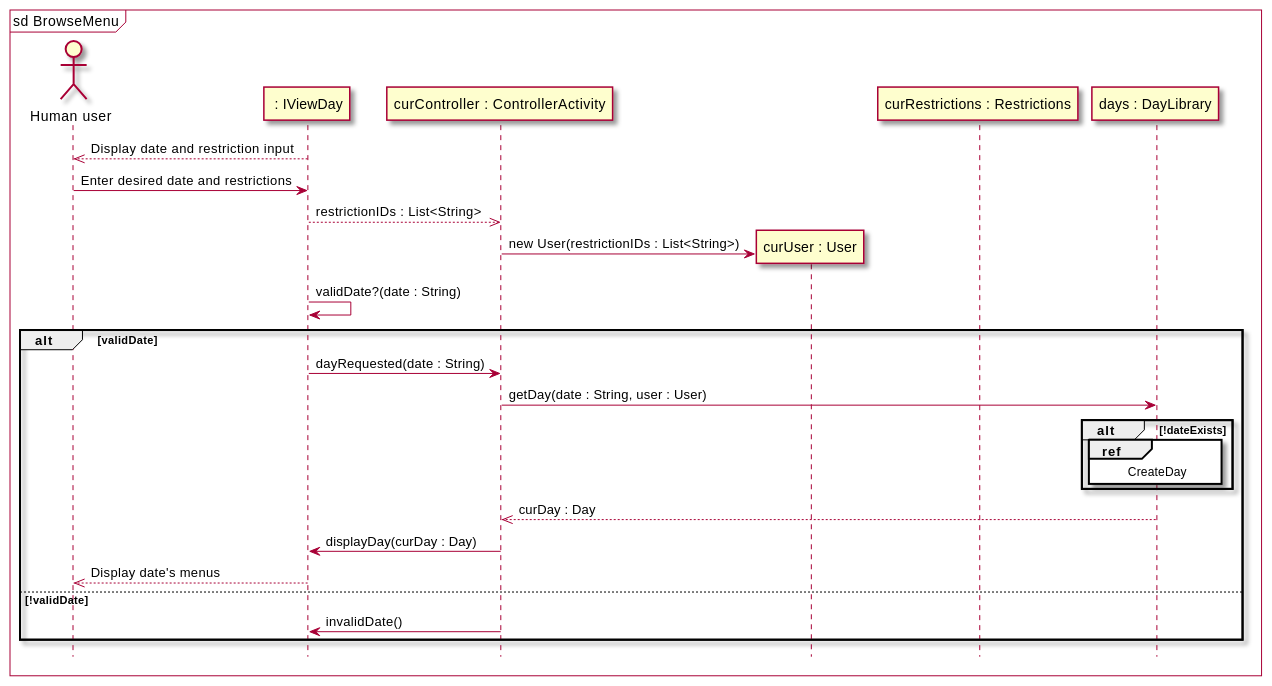
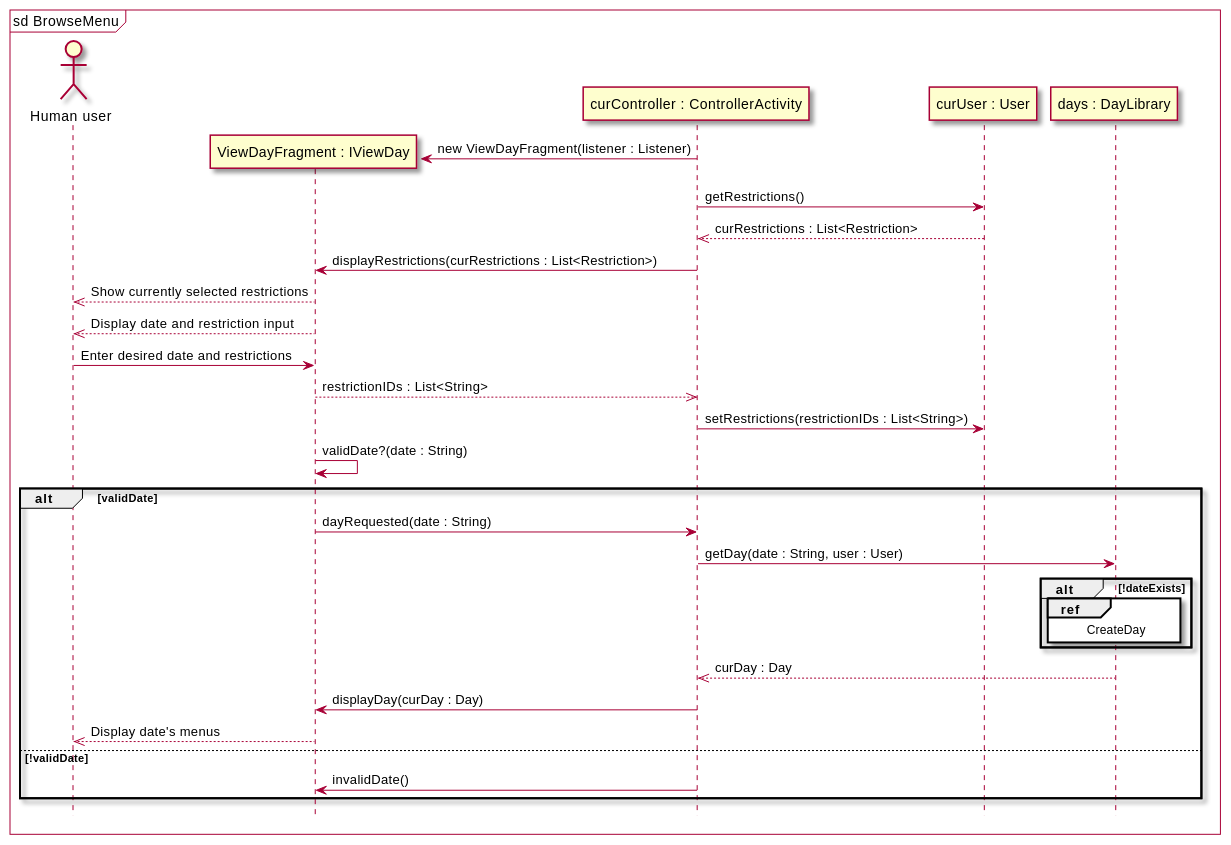
The second of 6 diagrams in intellij/doc/design.md (sashap100/Vassar-Dining-App), drawn with PlantUML before and after one commit. The commit also changed other lines of this file, not shown here.

Commit message:
Completed all sequence diagrams for current functionality

````diff
--- a/intellij/doc/design.md
+++ b/intellij/doc/design.md
@@ -188,35 +185,39 @@
 ```plantuml
 
 @startuml
 skin rose
 hide footbox
 mainframe sd BrowseMenu
 
 actor "Human user" as human
-participant " : IViewDay" as ui
+participant "ViewDayFragment : IViewDay" as ui
 participant "curController : ControllerActivity" as controller
 participant "curUser : User" as user
-participant "curRestrictions : Restrictions" as restriction
 participant "days : DayLibrary" as days
 
+controller -> ui **: new ViewDayFragment(listener : Listener)
+controller -> user : getRestrictions()
+user -->> controller : curRestrictions : List<Restriction>
+controller -> ui : displayRestrictions(curRestrictions : List<Restriction>)
+ui -->> human : Show currently selected restrictions
 ui -->> human : Display date and restriction input
 human -> ui : Enter desired date and restrictions
 ui -->> controller : restrictionIDs : List<String>
-controller -> user **: new User(restrictionIDs : List<String>)
+controller -> user : setRestrictions(restrictionIDs : List<String>)
 ui -> ui : validDate?(date : String)
 alt validDate
     ui -> controller : dayRequested(date : String)
     controller -> days : getDay(date : String, user : User)
     alt !dateExists
         ref over days
         CreateDay
         end ref
     end
     days -->> controller : curDay : Day
     controller -> ui : displayDay(curDay : Day)
     ui -->> human : Display date's menus
 else !validDate
     controller -> ui : invalidDate()
 end
 @enduml
 ```
````
